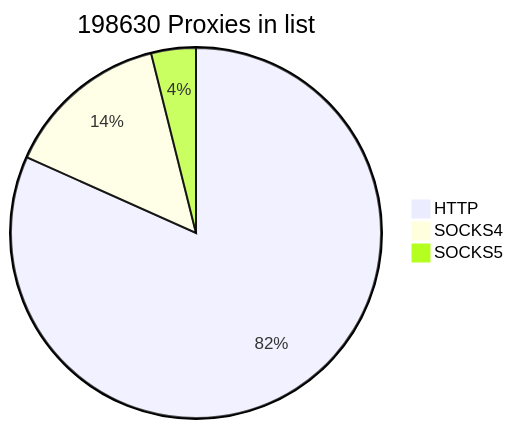
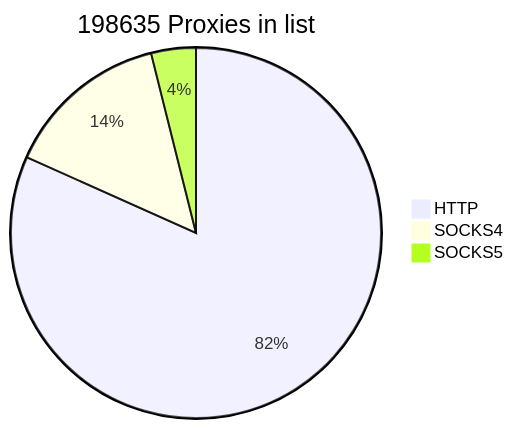
The first of 2 diagrams in README.md (cutipu/proxylist), drawn with Mermaid before and after one commit. The commit also changed other lines of this file, not shown here.

````diff
--- a/README.md
+++ b/README.md
@@ -2,7 +2,7 @@
 ```mermaid
-pie title 198630 Proxies in list
-    "HTTP" : 162283
-    "SOCKS4" : 28604
-    "SOCKS5" : 7743
+pie title 198635 Proxies in list
+    "HTTP" : 162284
+    "SOCKS4" : 28605
+    "SOCKS5" : 7746
             
 ```
````
